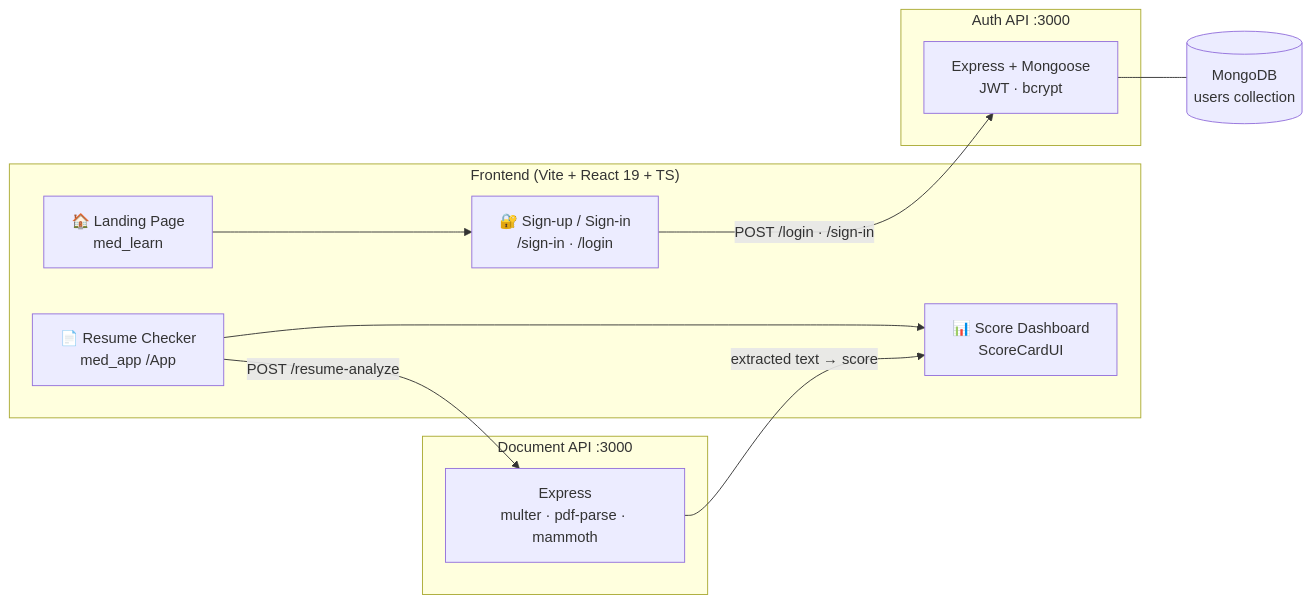
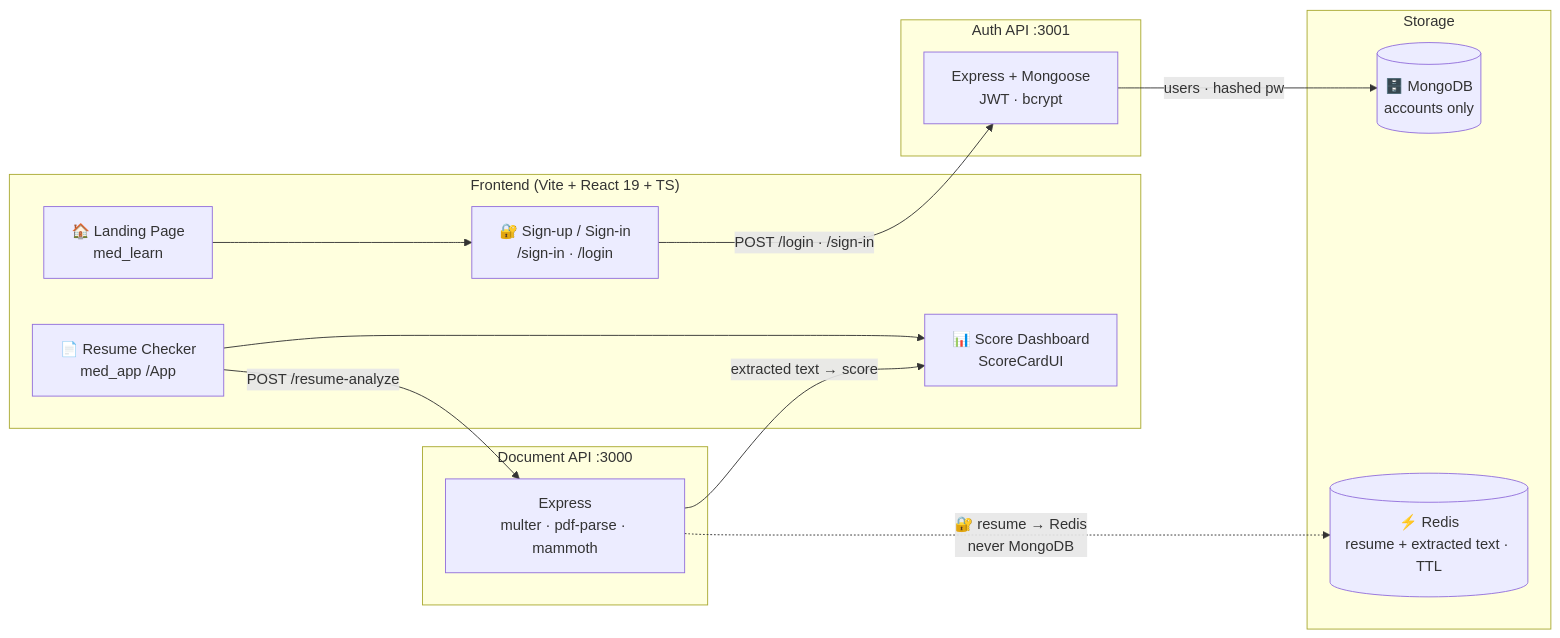
One commit to Lavish09-Mehra/AI-Resume- changed the diagram in README.md. Above: the diagram before and after it, drawn with Mermaid. The commit also changed other lines of this file, not shown here.

````diff
--- a/README.md
+++ b/README.md
@@ -93,21 +116,27 @@
 ```mermaid
 flowchart LR
     subgraph Client["Frontend (Vite + React 19 + TS)"]
         A["🏠 Landing Page<br/>med_learn"] --> B["🔐 Sign-up / Sign-in<br/>/sign-in · /login"]
         C["📄 Resume Checker<br/>med_app /App"] --> D["📊 Score Dashboard<br/>ScoreCardUI"]
     end
 
-    subgraph Auth["Auth API :3000"]
+    subgraph Auth["Auth API :3001"]
         E["Express + Mongoose<br/>JWT · bcrypt"]
     end
 
     subgraph Doc["Document API :3000"]
         F["Express<br/>multer · pdf-parse · mammoth"]
     end
 
+    subgraph Store["Storage"]
+        M[("🗄️ MongoDB<br/>accounts only")]
+        R[("⚡ Redis<br/>resume + extracted text · TTL")]
+    end
+
     B -->|"POST /login · /sign-in"| E
     C -->|"POST /resume-analyze"| F
     F -->|"extracted text → score"| D
 
-    E --- G[("MongoDB<br/>users collection")]
+    E -->|"users · hashed pw"| M
+    F -.->|"🔐 resume → Redis<br/>never MongoDB"| R
 ```
````
